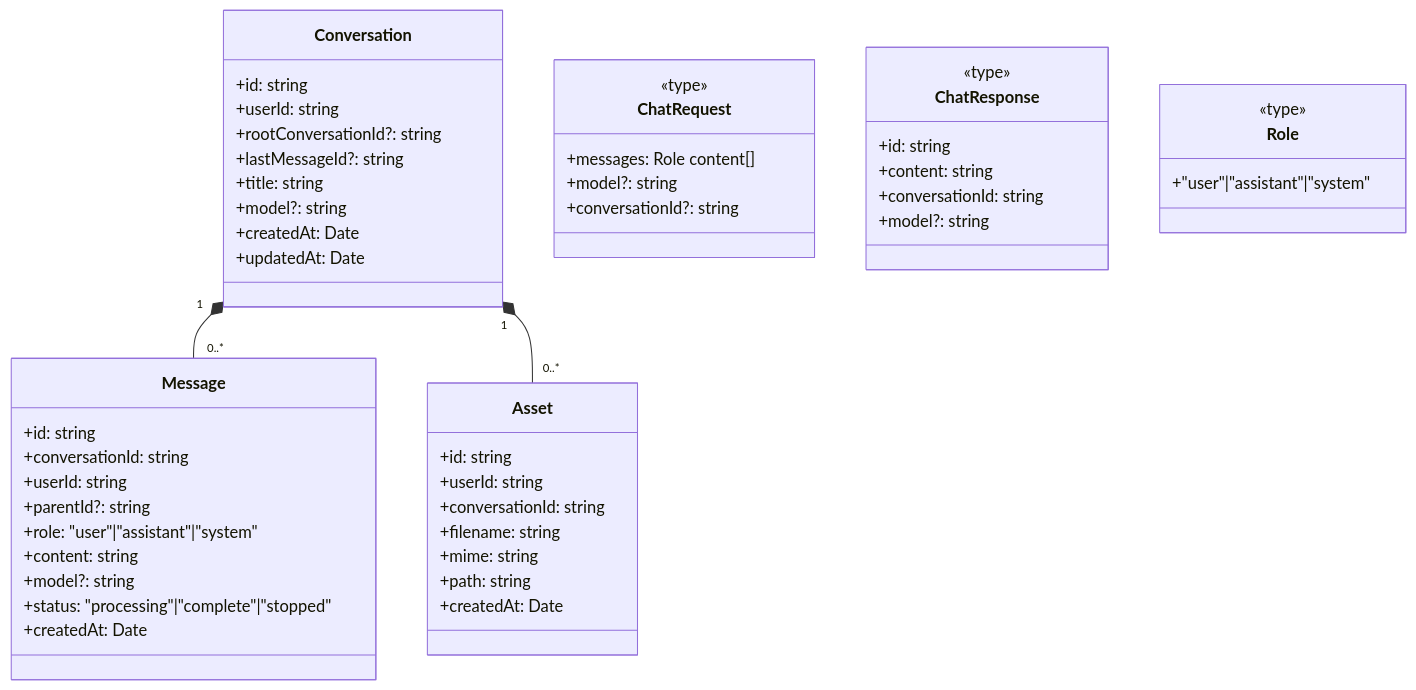
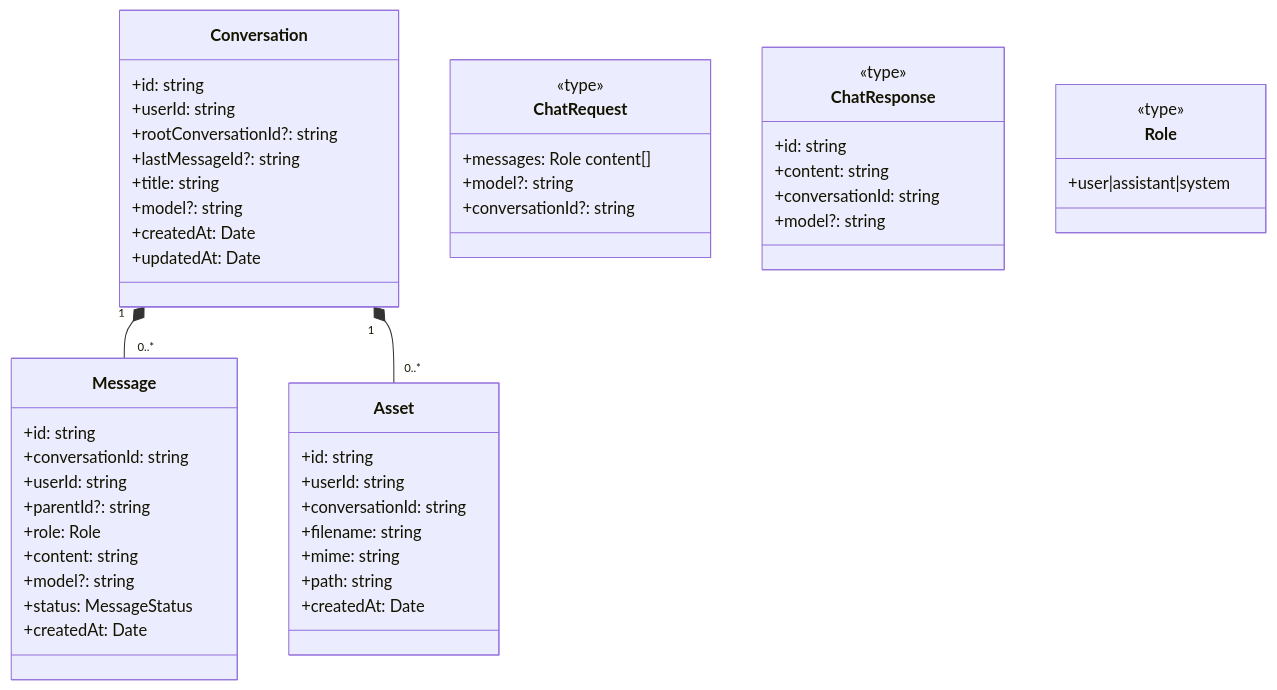
The second of 2 diagrams in _bmad-output/planning-artifacts/02-class.md (Glitch-guy0/chaiGPT), drawn with Mermaid before and after one commit. The commit also changed other lines of this file and 8 other files, not shown here.

````diff
--- a/_bmad-output/planning-artifacts/02-class.md
+++ b/_bmad-output/planning-artifacts/02-class.md
@@ -149,53 +264,53 @@
 ```mermaid
 classDiagram
     class Conversation {
         +id: string
         +userId: string
         +rootConversationId?: string
         +lastMessageId?: string
         +title: string
         +model?: string
         +createdAt: Date
         +updatedAt: Date
     }
     class Message {
         +id: string
         +conversationId: string
         +userId: string
         +parentId?: string
-        +role: "user"|"assistant"|"system"
+        +role: Role
         +content: string
         +model?: string
-        +status: "processing"|"complete"|"stopped"
+        +status: MessageStatus
         +createdAt: Date
     }
     class Asset {
         +id: string
         +userId: string
         +conversationId: string
         +filename: string
         +mime: string
         +path: string
         +createdAt: Date
     }
     class ChatRequest {
         <<type>>
         +messages: Role content[]
         +model?: string
         +conversationId?: string
     }
     class ChatResponse {
         <<type>>
         +id: string
         +content: string
         +conversationId: string
         +model?: string
     }
     class Role {
         <<type>>
-        +"user"|"assistant"|"system"
+        +user|assistant|system
     }
 
     Conversation "1" *-- "0..*" Message
     Conversation "1" *-- "0..*" Asset
 ```
````
